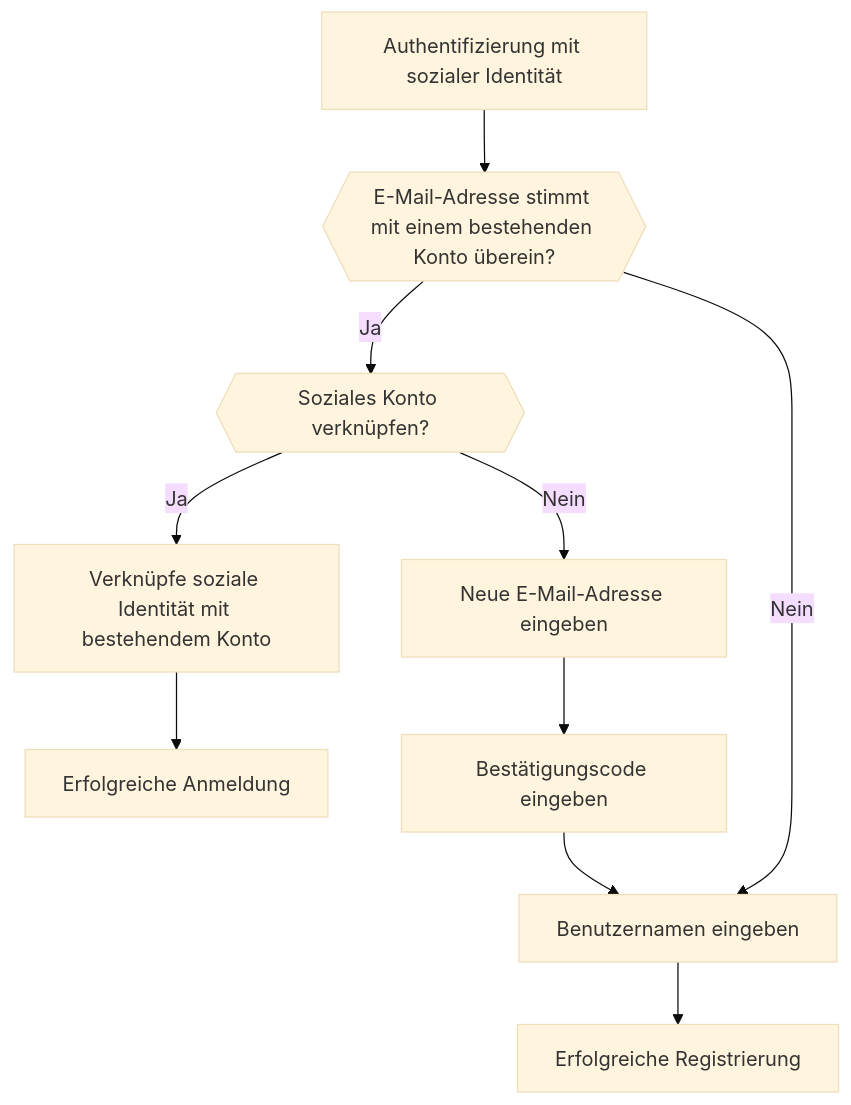
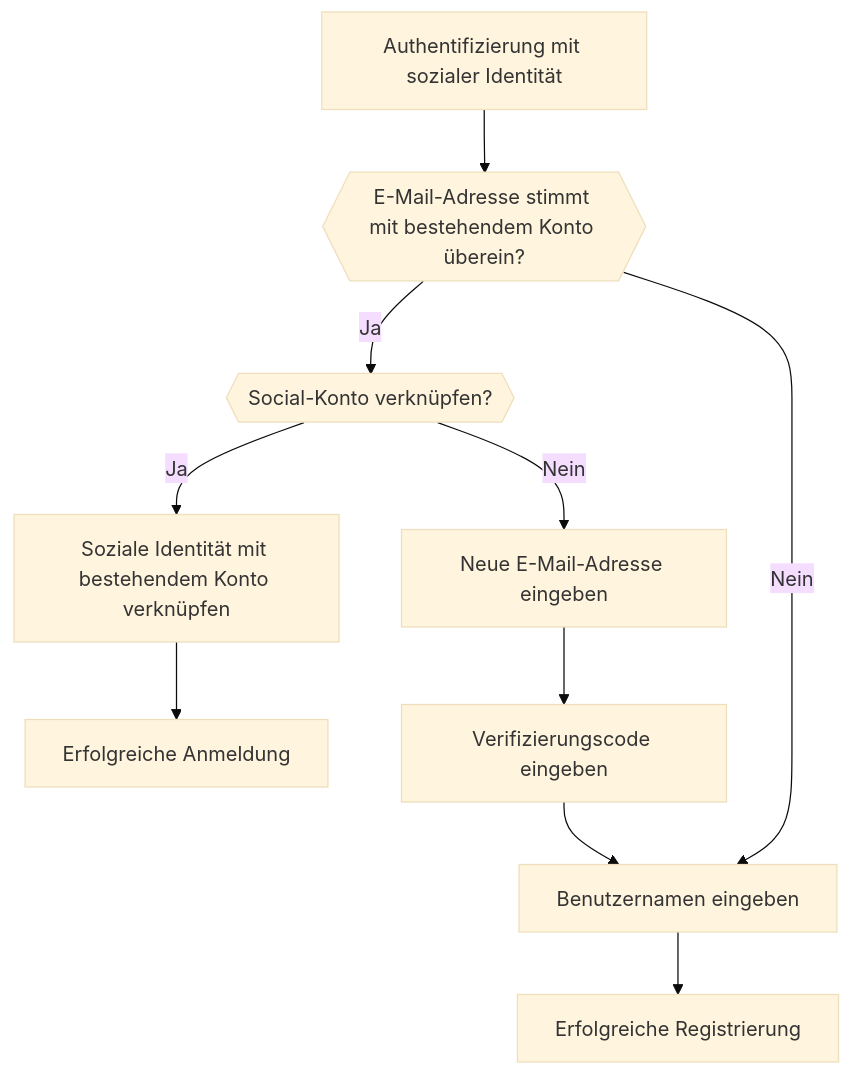
One commit to logto-io/docs changed the fifth of 6 diagrams in i18n/de/docusaurus-plugin-content-docs/current/end-user-flows/sign-up-and-sign-in/social-sign-in.mdx. Above: the diagram before and after it, drawn with Mermaid (base theme). The commit also changed other lines of this file and 59 other files, not shown here.

````diff
--- a/i18n/de/docusaurus-plugin-content-docs/current/end-user-flows/sign-up-and-sign-in/social-sign-in.mdx
+++ b/i18n/de/docusaurus-plugin-content-docs/current/end-user-flows/sign-up-and-sign-in/social-sign-in.mdx
@@ -159,12 +134,12 @@
    ```mermaid
       flowchart TD
-       A[Authentifizierung mit sozialer Identität] --> B{{E-Mail-Adresse stimmt mit einem bestehenden Konto überein?}}
-       B -- Ja --> C{{Soziales Konto verknüpfen?}}
-       C -- Ja --> D[Verknüpfe soziale Identität mit bestehendem Konto]
+       A[Authentifizierung mit sozialer Identität] --> B{{E-Mail-Adresse stimmt mit bestehendem Konto überein?}}
+       B -- Ja --> C{{Social-Konto verknüpfen?}}
+       C -- Ja --> D[Soziale Identität mit bestehendem Konto verknüpfen]
        D --> E[Erfolgreiche Anmeldung]
        C -- Nein --> F[Neue E-Mail-Adresse eingeben]
-       F --> G[Bestätigungscode eingeben]
+       F --> G[Verifizierungscode eingeben]
        G --> H[Benutzernamen eingeben]
        H --> I[Erfolgreiche Registrierung]
        B -- Nein --> H
    ```
````
